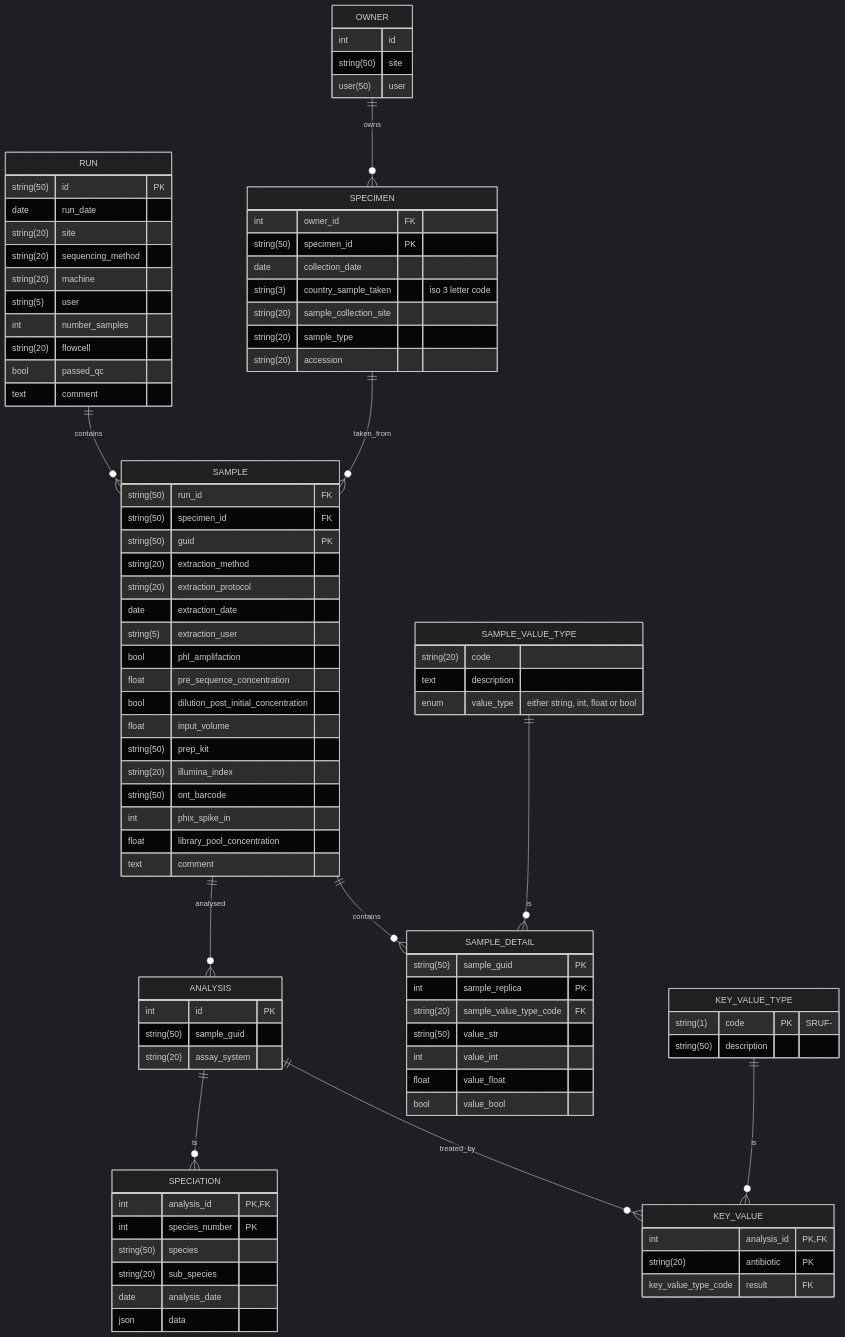
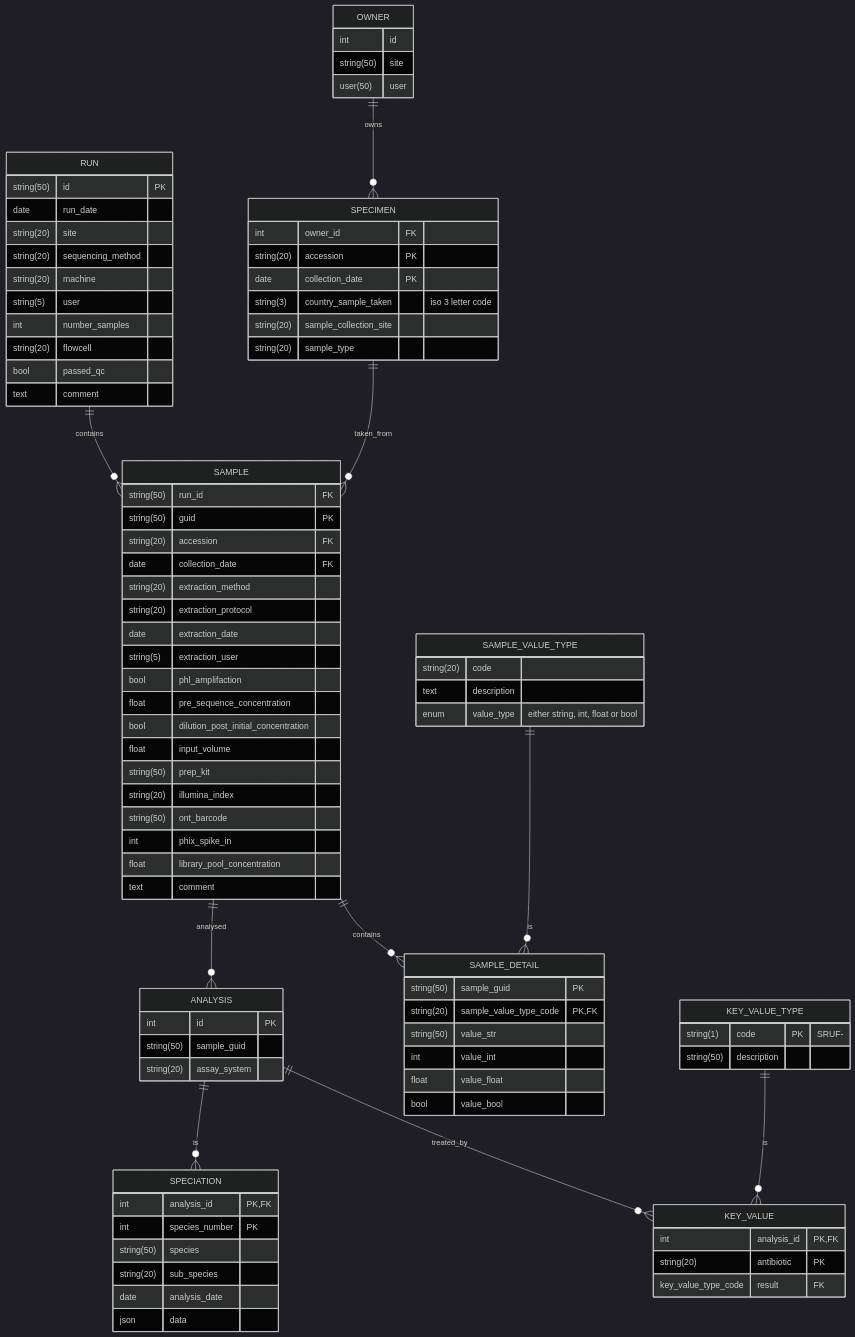
One commit to oxfordmmm/gpas_local_db changed the diagram in docs/database-layout.md. Above: the diagram before and after it, drawn with Mermaid (dark theme).

Commit message:
Changed SPECIMEN table PK to accession and collection_date

```diff
--- a/docs/database-layout.md
+++ b/docs/database-layout.md
@@ -23,18 +23,18 @@
 
     SPECIMEN {
         int owner_id FK
-        string(50) specimen_id PK
-        date collection_date
+        string(20) accession PK
+        date collection_date PK
         string(3) country_sample_taken "iso 3 letter code"
         string(20) sample_collection_site
-        string(20) sample_type
-        string(20) accession
+        string(20) sample_type 
     }
 
     SAMPLE {
         string(50) run_id FK
-        string(50) specimen_id FK
         string(50) guid PK
+        string(20) accession FK
+        date collection_date FK
         string(20) extraction_method
         string(20) extraction_protocol
         date extraction_date
@@ -53,8 +53,7 @@
 
     SAMPLE_DETAIL {
         string(50) sample_guid PK
-        int sample_replica PK
-        string(20) sample_value_type_code FK
+        string(20) sample_value_type_code PK, FK
         string(50) value_str
         int value_int
         float value_float
```
